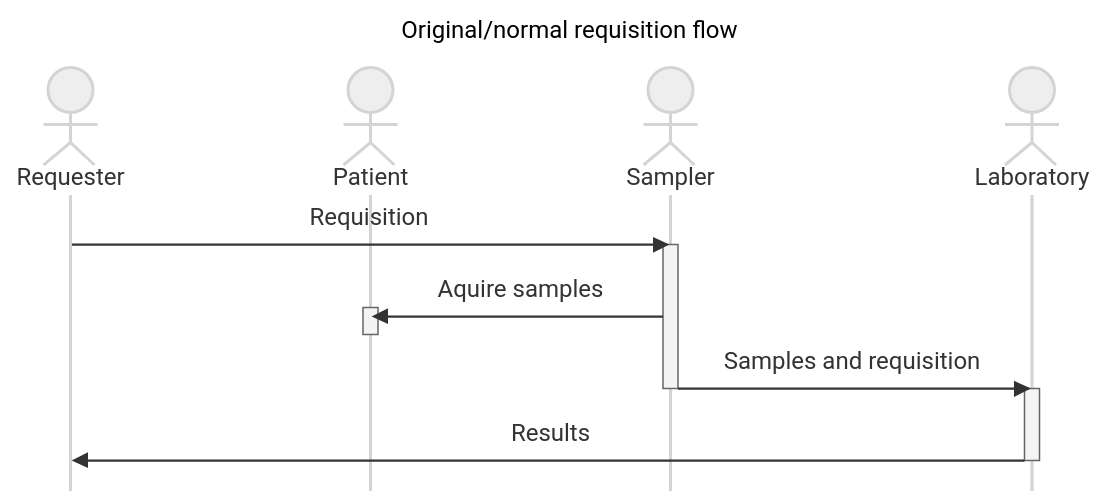
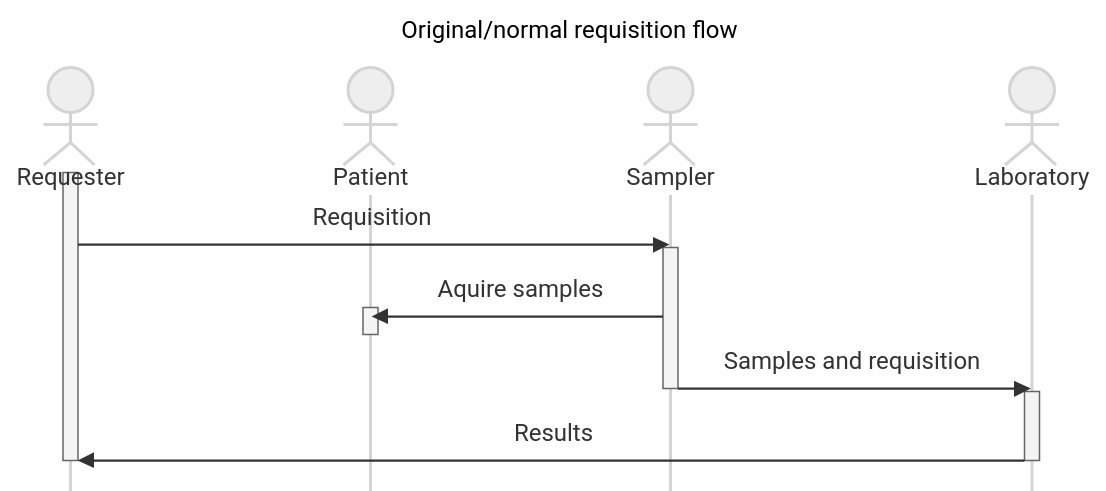
Before and after one commit to HL7Norway/PasientensRekvisisjoner-Parek: the first of 3 diagrams in ParekIG/input/pagecontent/index.md, drawn with Mermaid (neutral theme). The commit also changed other lines of this file and 2 other files, not shown here.

Commit message:
Remove "loop" from mermaid

````diff
--- a/ParekIG/input/pagecontent/index.md
+++ b/ParekIG/input/pagecontent/index.md
@@ -5,27 +5,29 @@
 ```mermaid
 ---
 title: Original/normal requisition flow
 ---
 %%{init: {
     'sequence': {
         'mirrorActors':false
         }
     }
 }%%
 sequenceDiagram
     actor Requester
     actor Patient
     actor Sampler
     actor Laboratory
 
+    activate Requester
     Requester->>Sampler: Requisition
     activate Sampler
     Sampler->>Patient: Aquire samples
     activate Patient
     deactivate Patient
     Sampler->>Laboratory: Samples and requisition
     deactivate Sampler
     activate Laboratory
     Laboratory->>Requester: Results
     deactivate Laboratory
+    deactivate Requester
 ```
````
